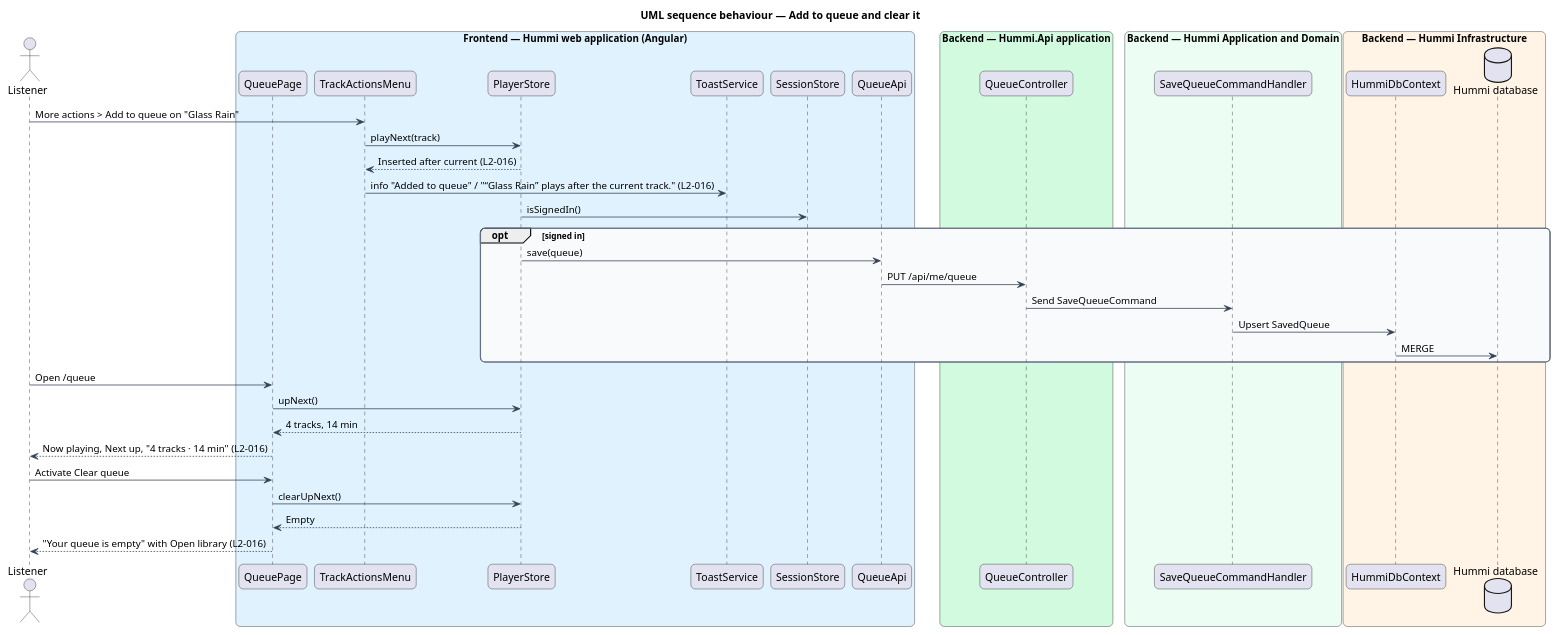
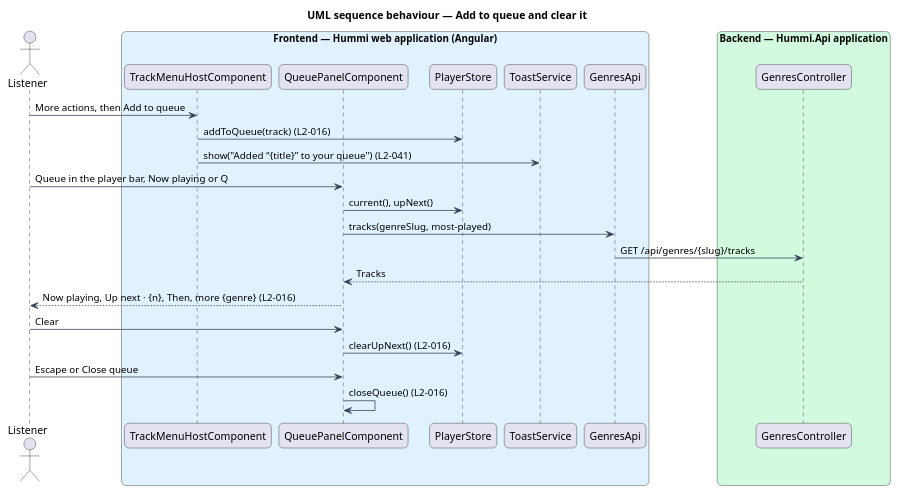
The diagram in docs/detailed-designs/playback/manage-queue/diagrams/sequence-queue.puml (QuinntyneBrown/hummi), drawn with PlantUML before and after one commit. The commit also changed 156 other files, not shown here.

First line of the commit message:
Control what plays next: Now playing, queue drawer, track menu and keyboard shortcuts

```diff
--- a/docs/detailed-designs/playback/manage-queue/diagrams/sequence-queue.puml
+++ b/docs/detailed-designs/playback/manage-queue/diagrams/sequence-queue.puml
@@ -1,56 +1,41 @@
 @startuml
 title UML sequence behaviour — Add to queue and clear it
 skinparam backgroundColor #FFFFFF
 skinparam shadowing false
 skinparam roundcorner 12
 skinparam defaultFontName Arial
 skinparam ArrowColor #344054
 skinparam rectangle {
   BorderColor #344054
   FontColor #101828
 }
 skinparam package {
   BorderColor #667085
   FontColor #101828
   BackgroundColor #F9FAFB
 }
 actor "Listener" as u
 box "Frontend — Hummi web application (Angular)" #E0F2FE
-  participant "QueuePage" as page
-  participant "TrackActionsMenu" as menu
+  participant "TrackMenuHostComponent" as menu
+  participant "QueuePanelComponent" as panel
   participant "PlayerStore" as player
   participant "ToastService" as toast
-  participant "SessionStore" as session
-  participant "QueueApi" as client
+  participant "GenresApi" as genres
 end box
 box "Backend — Hummi.Api application" #D1FADF
-  participant "QueueController" as ctl
+  participant "GenresController" as ctl
 end box
-box "Backend — Hummi Application and Domain" #ECFDF3
-  participant "SaveQueueCommandHandler" as cmd
-end box
-box "Backend — Hummi Infrastructure" #FFF4E5
-  participant "HummiDbContext" as ctx
-  database "Hummi database" as db
-end box
-u -> menu : More actions > Add to queue on "Glass Rain"
-menu -> player : playNext(track)
-player --> menu : Inserted after current (L2-016)
-menu -> toast : info "Added to queue" / "“Glass Rain” plays after the current track." (L2-016)
-player -> session : isSignedIn()
-opt signed in
-  player -> client : save(queue)
-  client -> ctl : PUT /api/me/queue
-  ctl -> cmd : Send SaveQueueCommand
-  cmd -> ctx : Upsert SavedQueue
-  ctx -> db : MERGE
-end
-u -> page : Open /queue
-page -> player : upNext()
-player --> page : 4 tracks, 14 min
-page --> u : Now playing, Next up, "4 tracks · 14 min" (L2-016)
-u -> page : Activate Clear queue
-page -> player : clearUpNext()
-player --> page : Empty
-page --> u : "Your queue is empty" with Open library (L2-016)
+u -> menu : More actions, then Add to queue
+menu -> player : addToQueue(track) (L2-016)
+menu -> toast : show("Added “{title}” to your queue") (L2-041)
+u -> panel : Queue in the player bar, Now playing or Q
+panel -> player : current(), upNext()
+panel -> genres : tracks(genreSlug, most-played)
+genres -> ctl : GET /api/genres/{slug}/tracks
+ctl --> panel : Tracks
+panel --> u : Now playing, Up next · {n}, Then, more {genre} (L2-016)
+u -> panel : Clear
+panel -> player : clearUpNext() (L2-016)
+u -> panel : Escape or Close queue
+panel -> panel : closeQueue() (L2-016)
 @enduml
```
